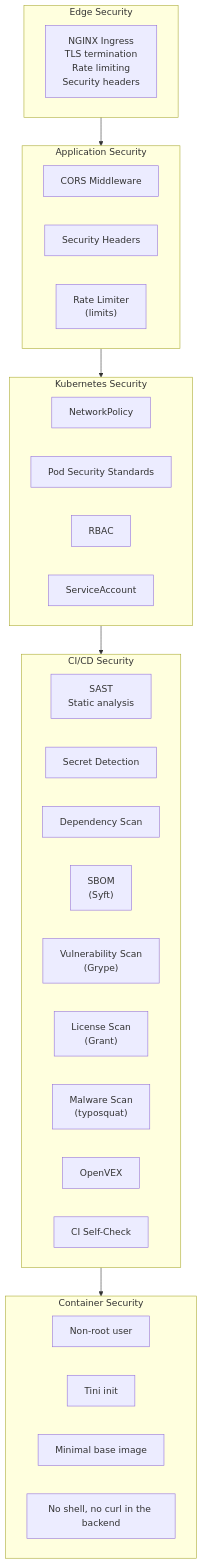
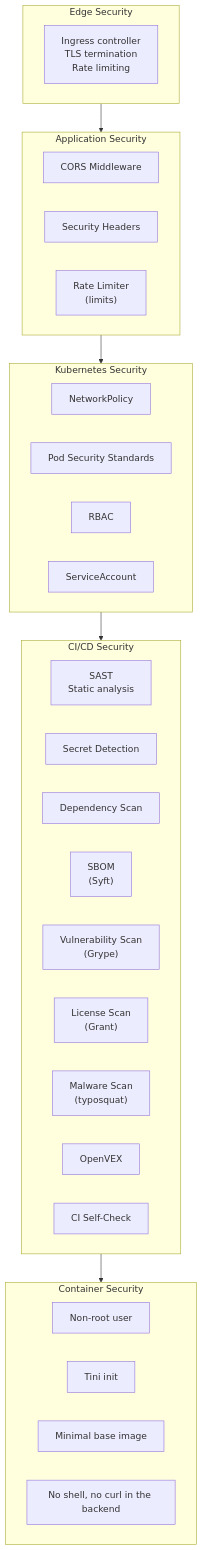
One commit to berserkhmdvhb/fullstack_template changed the diagram in wiki/security.md. Above: the diagram before and after it, drawn with Mermaid. The commit also changed other lines of this file and 24 other files, not shown here.

Commit message:
docs: describe the two-image architecture; the Next.js server serves its own assets

````diff
--- a/wiki/security.md
+++ b/wiki/security.md
@@ -29,40 +29,40 @@
 ```mermaid
 flowchart TB
     subgraph Edge["Edge Security"]
-        IC["NGINX Ingress<br/>TLS termination<br/>Rate limiting<br/>Security headers"]
+        IC["Ingress controller<br/>TLS termination<br/>Rate limiting"]
     end
 
     subgraph App["Application Security"]
         CORS["CORS Middleware"]
         Headers["Security Headers"]
         RateLimit["Rate Limiter<br/>(limits)"]
     end
 
     subgraph K8s["Kubernetes Security"]
         NetPol["NetworkPolicy"]
         PodSec["Pod Security Standards"]
         RBAC["RBAC"]
         SA["ServiceAccount"]
     end
 
     subgraph CI["CI/CD Security"]
         SAST["SAST<br/>Static analysis"]
         Secret["Secret Detection"]
         DepScan["Dependency Scan"]
         SBOM["SBOM<br/>(Syft)"]
         Vuln["Vulnerability Scan<br/>(Grype)"]
         License["License Scan<br/>(Grant)"]
         Malware["Malware Scan<br/>(typosquat)"]
         Vex["OpenVEX"]
         SelfCheck["CI Self-Check"]
     end
 
     subgraph Container["Container Security"]
         NonRoot["Non-root user"]
         Tini["Tini init"]
         Minimal["Minimal base image"]
         NoShell["No shell, no curl in the backend"]
     end
 
     Edge --> App --> K8s --> CI --> Container
 ```
````
